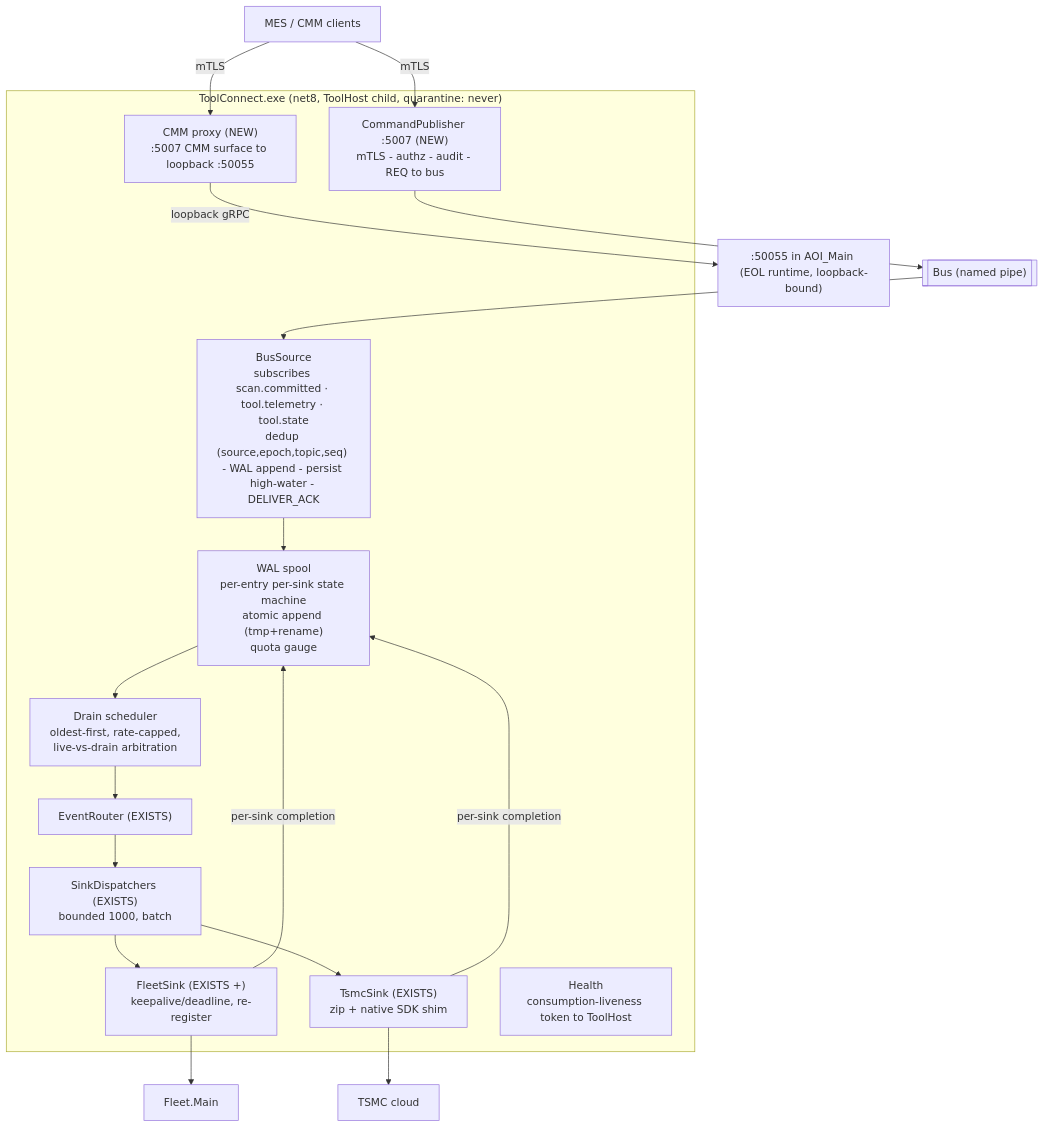
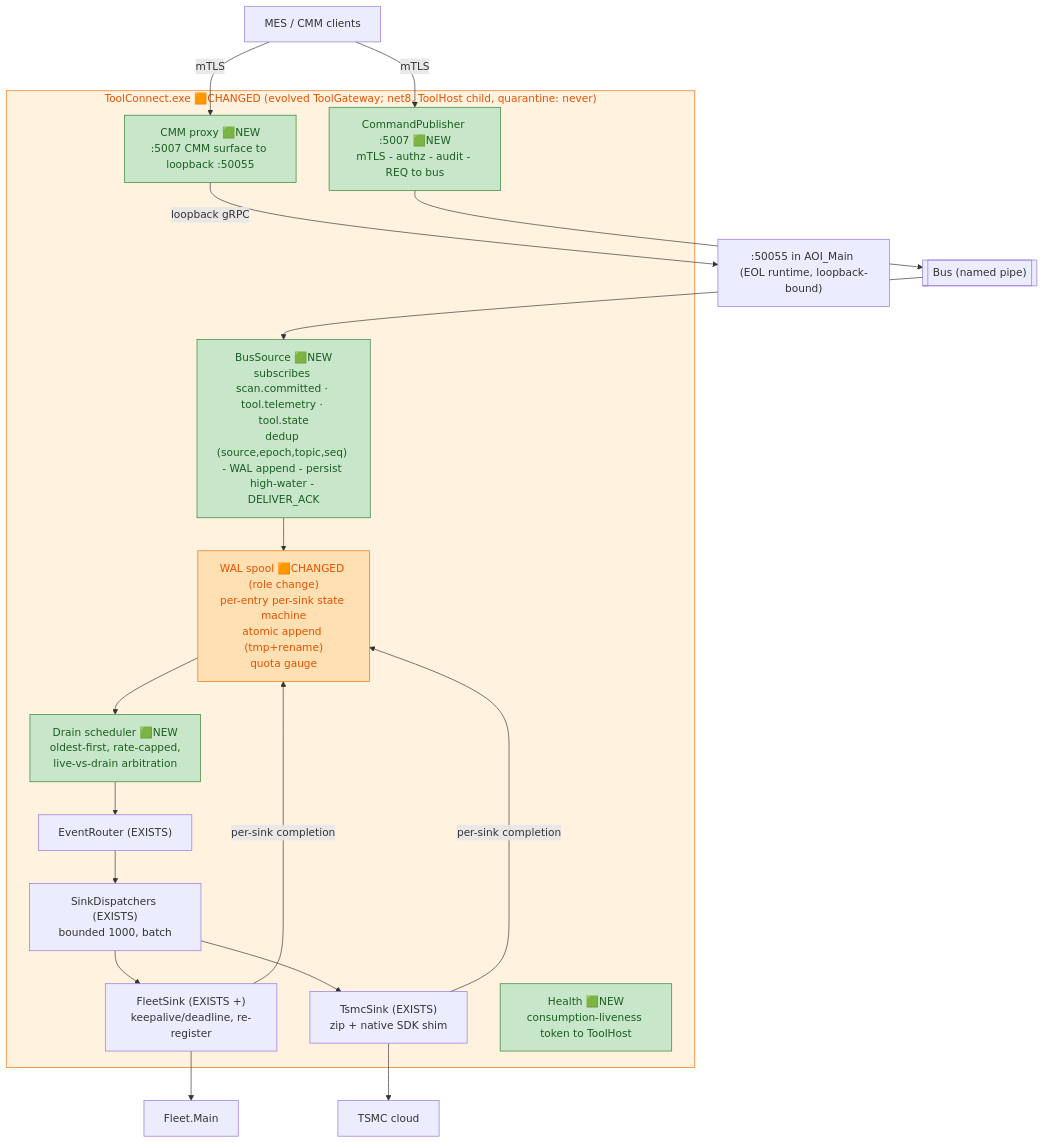
The first of 3 diagrams in stage/07-toolconnect-design.md (amitA-camtek/bus_gateway), drawn with Mermaid before and after one commit. The commit also changed other lines of this file and 11 other files, not shown here.

````diff
--- a/stage/07-toolconnect-design.md
+++ b/stage/07-toolconnect-design.md
@@ -18,26 +27,32 @@
 ```mermaid
 flowchart TB
     BUS[["Bus (named pipe)"]]
-    subgraph TC["ToolConnect.exe (net8, ToolHost child, quarantine: never)"]
-        BS["BusSource\nsubscribes scan.committed · tool.telemetry · tool.state\ndedup (source,epoch,topic,seq) - WAL append - persist high-water - DELIVER_ACK"]
-        WAL["WAL spool\nper-entry per-sink state machine\natomic append (tmp+rename)\nquota gauge"]
-        DR["Drain scheduler\noldest-first, rate-capped,\nlive-vs-drain arbitration"]
+    subgraph TC["ToolConnect.exe 🟧CHANGED (evolved ToolGateway; net8, ToolHost child, quarantine: never)"]
+        BS["BusSource 🟩NEW\nsubscribes scan.committed · tool.telemetry · tool.state\ndedup (source,epoch,topic,seq) - WAL append - persist high-water - DELIVER_ACK"]
+        WAL["WAL spool 🟧CHANGED (role change)\nper-entry per-sink state machine\natomic append (tmp+rename)\nquota gauge"]
+        DR["Drain scheduler 🟩NEW\noldest-first, rate-capped,\nlive-vs-drain arbitration"]
         ER["EventRouter (EXISTS)"]
         SD["SinkDispatchers (EXISTS)\nbounded 1000, batch"]
         FS["FleetSink (EXISTS +)\nkeepalive/deadline, re-register"]
         TS["TsmcSink (EXISTS)\nzip + native SDK shim"]
-        CP["CommandPublisher :5007 (NEW)\nmTLS - authz - audit - REQ to bus"]
-        PRX["CMM proxy (NEW)\n:5007 CMM surface to loopback :50055"]
-        HB["Health\nconsumption-liveness token to ToolHost"]
+        CP["CommandPublisher :5007 🟩NEW\nmTLS - authz - audit - REQ to bus"]
+        PRX["CMM proxy 🟩NEW\n:5007 CMM surface to loopback :50055"]
+        HB["Health 🟩NEW\nconsumption-liveness token to ToolHost"]
     end
     FLEET["Fleet.Main"]
     TSMC["TSMC cloud"]
     MES["MES / CMM clients"]
 
     BUS --> BS --> WAL --> DR --> ER --> SD
     SD --> FS --> FLEET
     SD --> TS --> TSMC
     MES -->|mTLS| CP --> BUS
     MES -->|mTLS| PRX -->|"loopback gRPC"| AOI[":50055 in AOI_Main (EOL runtime, loopback-bound)"]
     FS & TS -->|"per-sink completion"| WAL
+
+    classDef new fill:#C8E6C9,stroke:#2E7D32,color:#1B5E20;
+    classDef changed fill:#FFE0B2,stroke:#EF6C00,color:#E65100;
+    class BS,DR,CP,PRX,HB new;
+    class WAL changed;
+    style TC fill:#FFF3E0,stroke:#EF6C00,color:#E65100;
 ```
````
